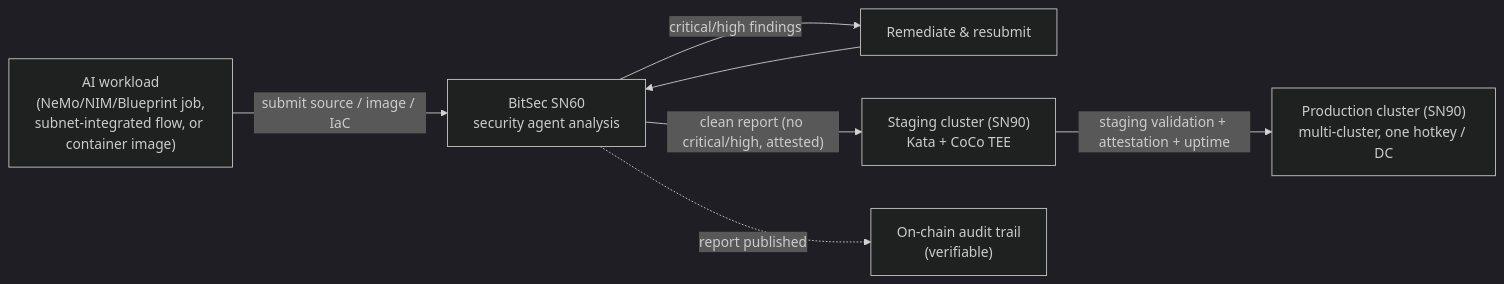
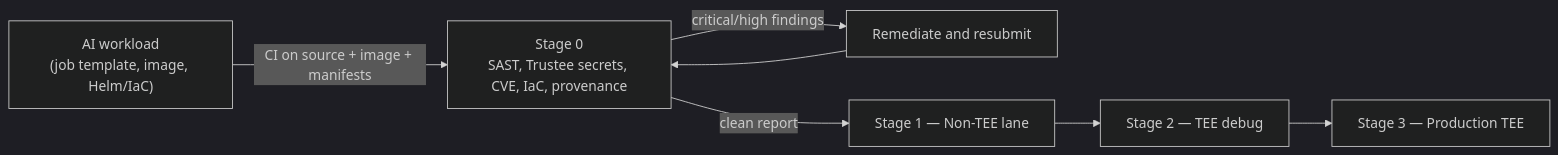
The diagram in docs/NEMO-MICROSERVICES-AND-SUBNET-INTEGRATIONS.md (KubeTEE-AI/kubetee-subnet), drawn with Mermaid (dark theme) before and after one commit. The commit also changed other lines of this file and 2 other files, not shown here.

First line of the commit message:
docs(subnet): replace BitSec SN60 Stage 0 with supply-chain CI

````diff
--- a/docs/NEMO-MICROSERVICES-AND-SUBNET-INTEGRATIONS.md
+++ b/docs/NEMO-MICROSERVICES-AND-SUBNET-INTEGRATIONS.md
@@ -102,9 +101,9 @@
 ```mermaid
 flowchart LR
-    WL["AI workload<br/>(NeMo/NIM/Blueprint job,<br/>subnet-integrated flow, or container image)"] -->|"submit source / image / IaC"| BS["BitSec SN60<br/>security agent analysis"]
-    BS -->|"critical/high findings"| Fix["Remediate & resubmit"]
-    Fix --> BS
-    BS -->|"clean report (no critical/high, attested)"| Stg["Staging cluster (SN90)<br/>Kata + CoCo TEE"]
-    Stg -->|"staging validation + attestation + uptime"| Prod["Production cluster (SN90)<br/>multi-cluster, one hotkey / DC"]
-    BS -.->|"report published"| Audit["On-chain audit trail<br/>(verifiable)"]
+    WL["AI workload<br/>(job template, image, Helm/IaC)"] -->|"CI on source + image + manifests"| S0["Stage 0<br/>SAST, Trustee secrets, CVE, IaC, provenance"]
+    S0 -->|"critical/high findings"| Fix["Remediate and resubmit"]
+    Fix --> S0
+    S0 -->|"clean report"| S1["Stage 1 — Non-TEE lane"]
+    S1 --> S2["Stage 2 — TEE debug"]
+    S2 --> S3["Stage 3 — Production TEE"]
 ```
````
